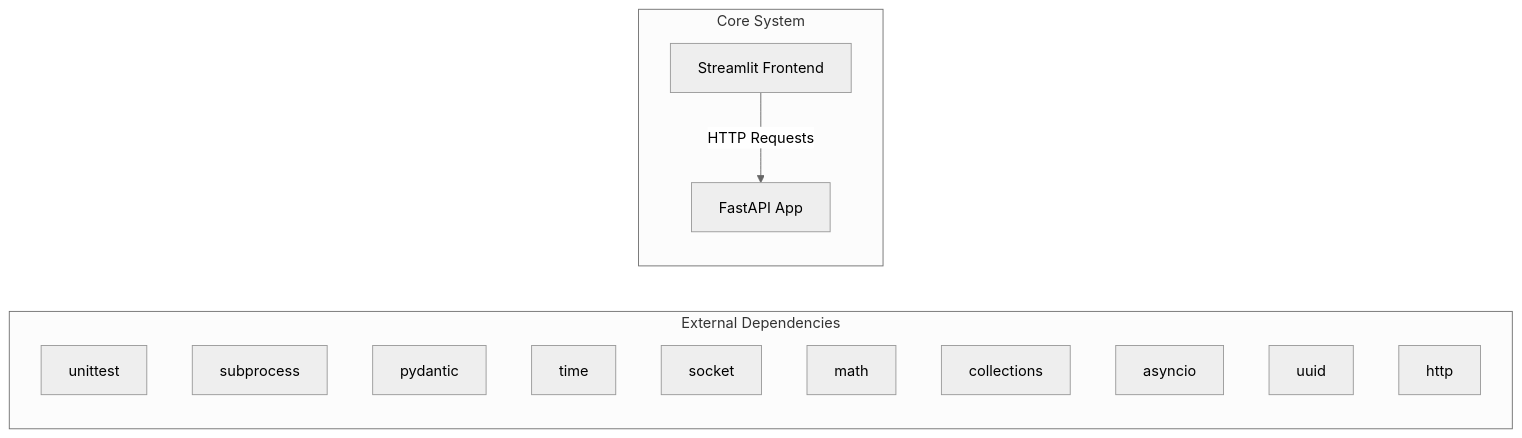
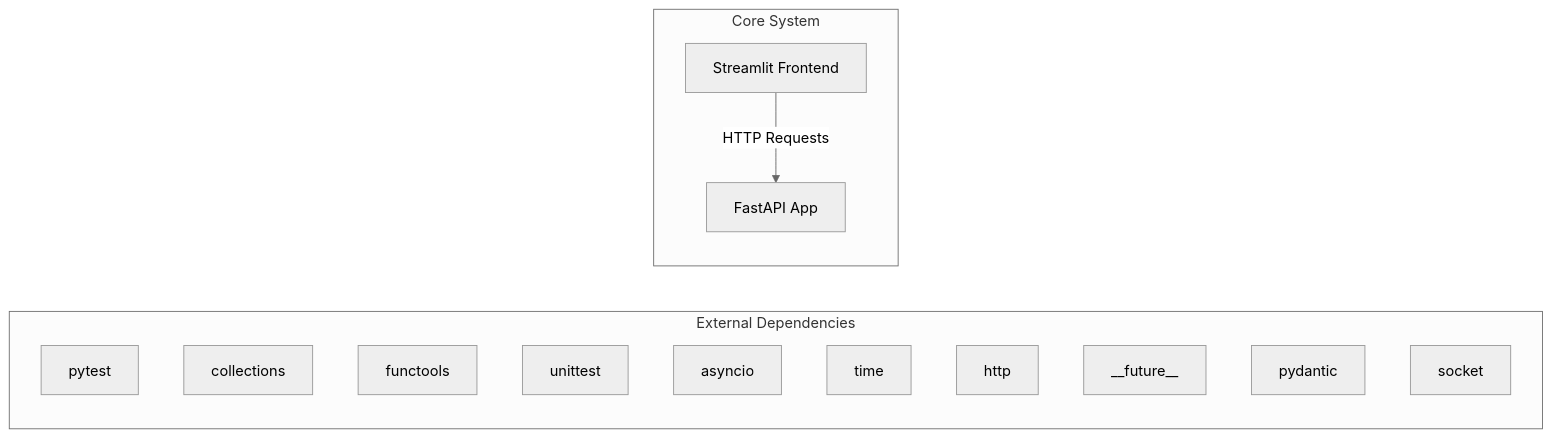
The first of 2 diagrams in docs/architecture.md (NITISH-R-G/rag-context-optimizer), drawn with Mermaid (neutral theme) before and after one commit. The commit also changed 1 other file, not shown here.

Commit message:
docs: auto-update repository knowledge, architecture diagrams, and documentation

````diff
--- a/docs/architecture.md
+++ b/docs/architecture.md
@@ -7,20 +7,20 @@
 ```mermaid
 graph LR
     subgraph External Dependencies
-        E0["unittest"]
-        E1["subprocess"]
-        E2["pydantic"]
-        E3["time"]
-        E4["socket"]
-        E5["math"]
-        E6["collections"]
-        E7["asyncio"]
-        E8["uuid"]
-        E9["http"]
+        E0["pytest"]
+        E1["collections"]
+        E2["functools"]
+        E3["unittest"]
+        E4["asyncio"]
+        E5["time"]
+        E6["http"]
+        E7["__future__"]
+        E8["pydantic"]
+        E9["socket"]
     end
     subgraph Core System
         API["FastAPI App"]
         UI["Streamlit Frontend"]
     end
     UI -->|HTTP Requests| API
 ```
````
